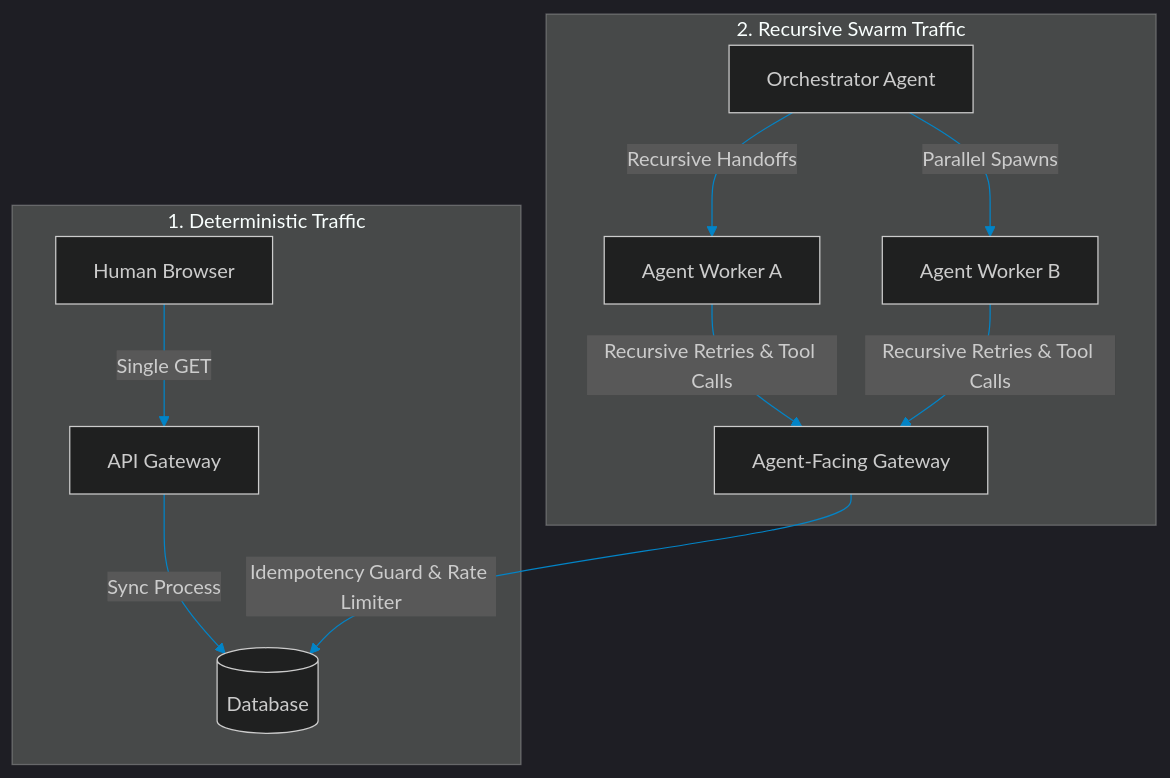
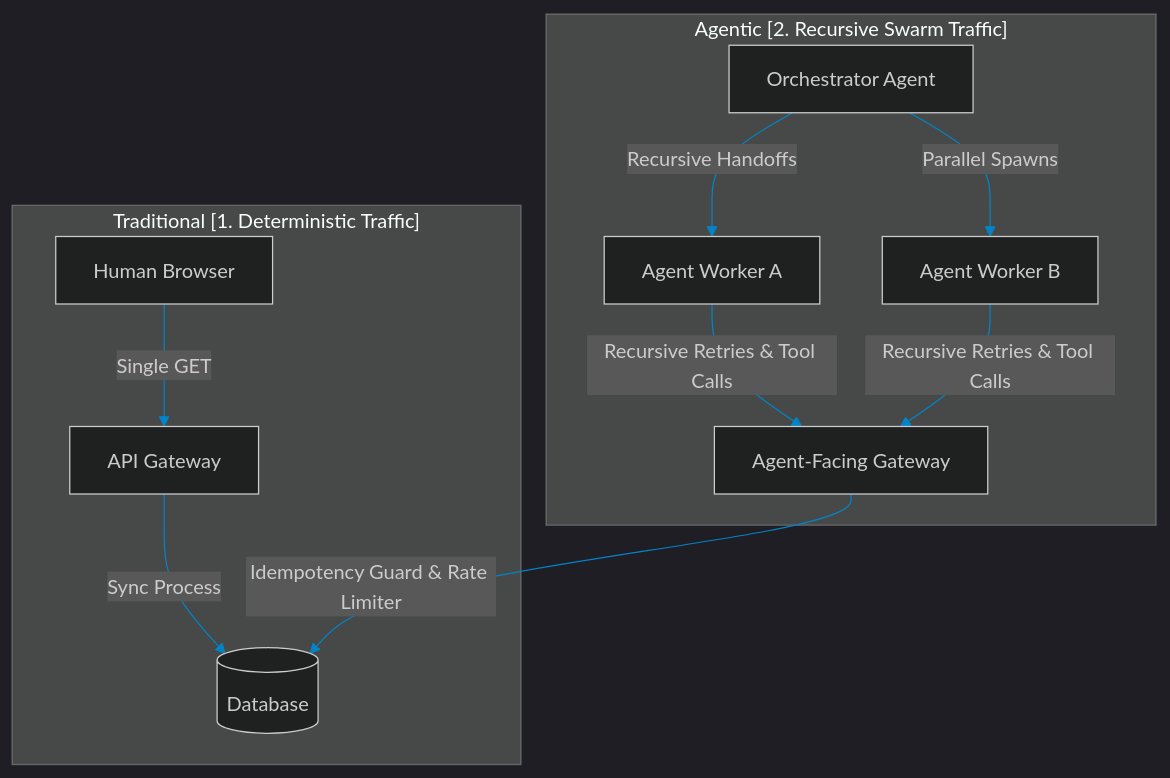
Before and after one commit to akmalkhaniub/akmalkhaniub.github.io: the diagram in blog/posts/system-design-agentic-apis-rate-limiting.md, drawn with Mermaid. The commit also changed 600 other files, not shown here.

Commit message:
fix(blog): resolve Mermaid v10 syntax errors across Figure 1 and publication subgraphs

````diff
--- a/blog/posts/system-design-agentic-apis-rate-limiting.md
+++ b/blog/posts/system-design-agentic-apis-rate-limiting.md
@@ -17,16 +17,16 @@
 ```mermaid
 %%{init: {'theme': 'dark', 'themeVariables': { 'primaryColor': '#0284c7', 'primaryTextColor': '#f3f4f6', 'primaryBorderColor': '#38bdf8', 'lineColor': '#0284c7', 'secondaryColor': '#111827', 'tertiaryColor': '#0b0f19'}}}%%
 flowchart TD
-    subgraph Traditional [1. Deterministic Traffic]
+    subgraph SG1_Traditional1Deterministic ["Traditional [1. Deterministic Traffic]"]
         User[Human Browser] -->|Single GET| Gate[API Gateway]
         Gate -->|Sync Process| DB[(Database)]
     end
 
-    subgraph Agentic [2. Recursive Swarm Traffic]
+    subgraph SG2_Agentic2Recursive ["Agentic [2. Recursive Swarm Traffic]"]
         Agent[Orchestrator Agent] -->|Recursive Handoffs| A1[Agent Worker A]
         Agent -->|Parallel Spawns| A2[Agent Worker B]
         A1 -->|Recursive Retries & Tool Calls| ToolGate[Agent-Facing Gateway]
         A2 -->|Recursive Retries & Tool Calls| ToolGate
         ToolGate -->|Idempotency Guard & Rate Limiter| DB
     end
 ```
````
